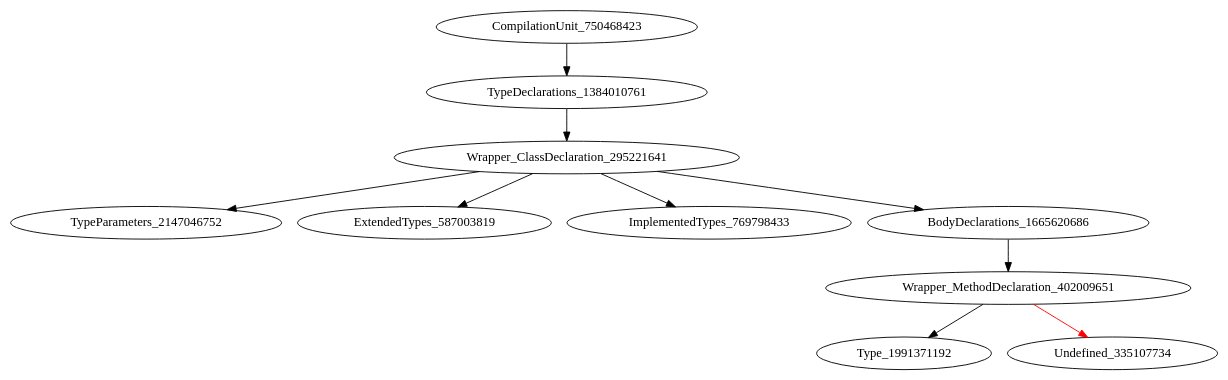
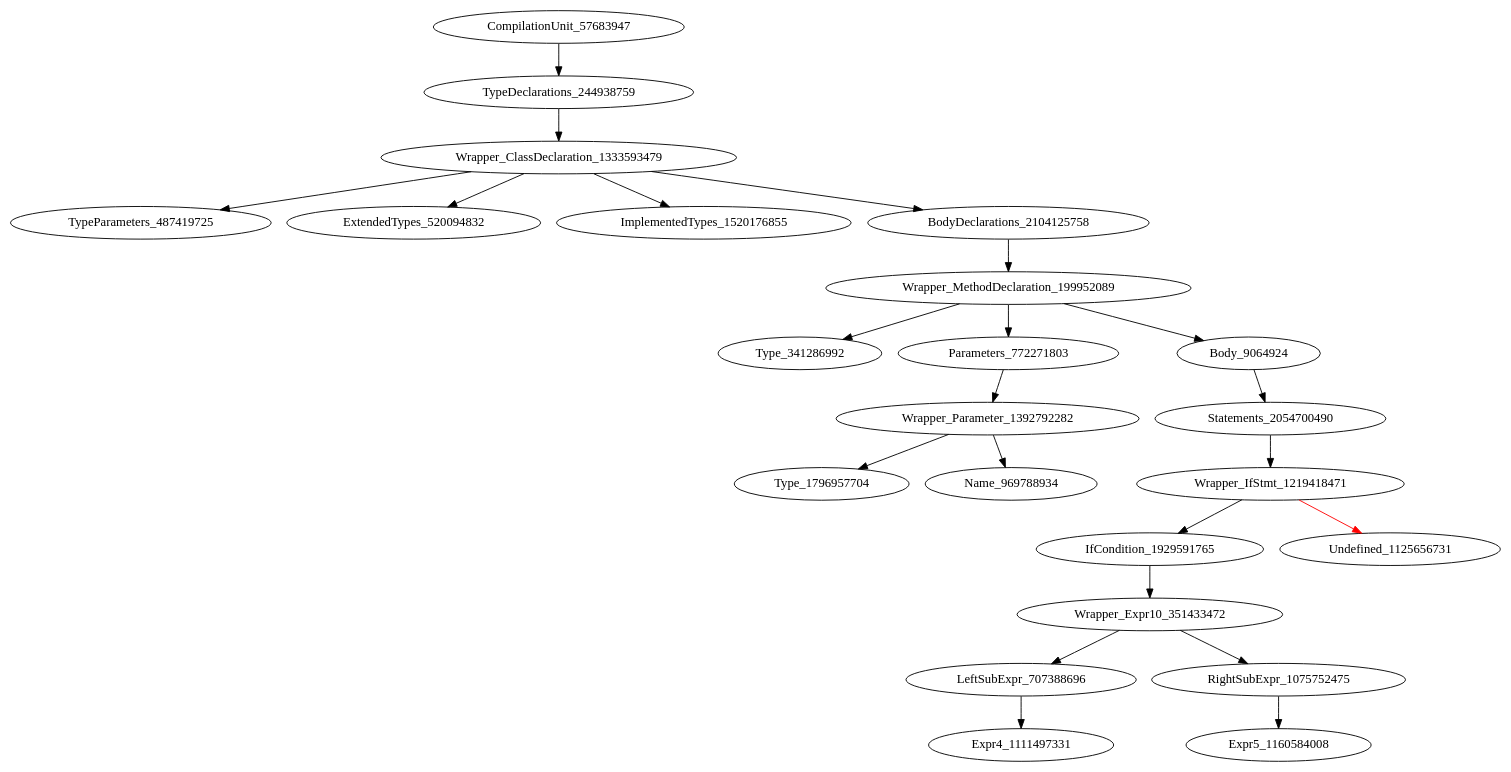
One commit to icse2023material/VoiceJava changed the diagram in holeAST.dot. Above: the diagram before and after it, drawn with Graphviz. The commit also changed 3 other files, not shown here.

Commit message:
[fix] type name's first word must be uppercase.

```diff
--- a/holeAST.dot
+++ b/holeAST.dot
@@ -1,11 +1,24 @@
 digraph {
-CompilationUnit_750468423 -> TypeDeclarations_1384010761
-TypeDeclarations_1384010761 -> Wrapper_ClassDeclaration_295221641
-Wrapper_ClassDeclaration_295221641 -> TypeParameters_2147046752
-Wrapper_ClassDeclaration_295221641 -> ExtendedTypes_587003819
-Wrapper_ClassDeclaration_295221641 -> ImplementedTypes_769798433
-Wrapper_ClassDeclaration_295221641 -> BodyDeclarations_1665620686
-BodyDeclarations_1665620686 -> Wrapper_MethodDeclaration_402009651
-Wrapper_MethodDeclaration_402009651 -> Type_1991371192
-Wrapper_MethodDeclaration_402009651 -> Undefined_335107734 [color = red] 
+CompilationUnit_57683947 -> TypeDeclarations_244938759
+TypeDeclarations_244938759 -> Wrapper_ClassDeclaration_1333593479
+Wrapper_ClassDeclaration_1333593479 -> TypeParameters_487419725
+Wrapper_ClassDeclaration_1333593479 -> ExtendedTypes_520094832
+Wrapper_ClassDeclaration_1333593479 -> ImplementedTypes_1520176855
+Wrapper_ClassDeclaration_1333593479 -> BodyDeclarations_2104125758
+BodyDeclarations_2104125758 -> Wrapper_MethodDeclaration_199952089
+Wrapper_MethodDeclaration_199952089 -> Type_341286992
+Wrapper_MethodDeclaration_199952089 -> Parameters_772271803
+Wrapper_MethodDeclaration_199952089 -> Body_9064924
+Parameters_772271803 -> Wrapper_Parameter_1392792282
+Body_9064924 -> Statements_2054700490
+Wrapper_Parameter_1392792282 -> Type_1796957704
+Wrapper_Parameter_1392792282 -> Name_969788934
+Statements_2054700490 -> Wrapper_IfStmt_1219418471
+Wrapper_IfStmt_1219418471 -> IfCondition_1929591765
+Wrapper_IfStmt_1219418471 -> Undefined_1125656731 [color = red] 
+IfCondition_1929591765 -> Wrapper_Expr10_351433472
+Wrapper_Expr10_351433472 -> LeftSubExpr_707388696
+Wrapper_Expr10_351433472 -> RightSubExpr_1075752475
+LeftSubExpr_707388696 -> Expr4_1111497331
+RightSubExpr_1075752475 -> Expr5_1160584008
 }
```
